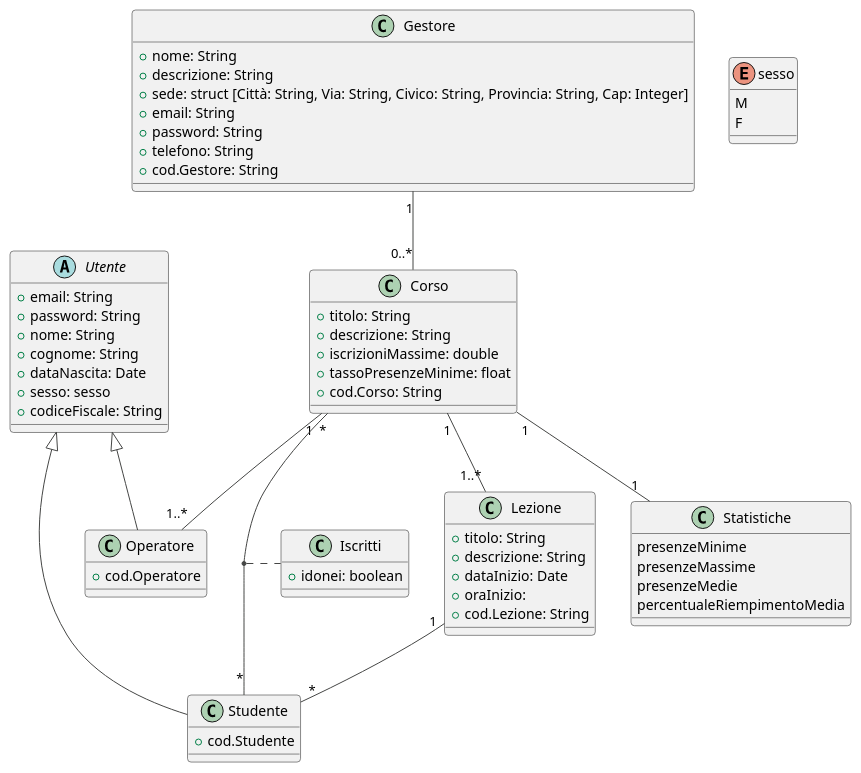
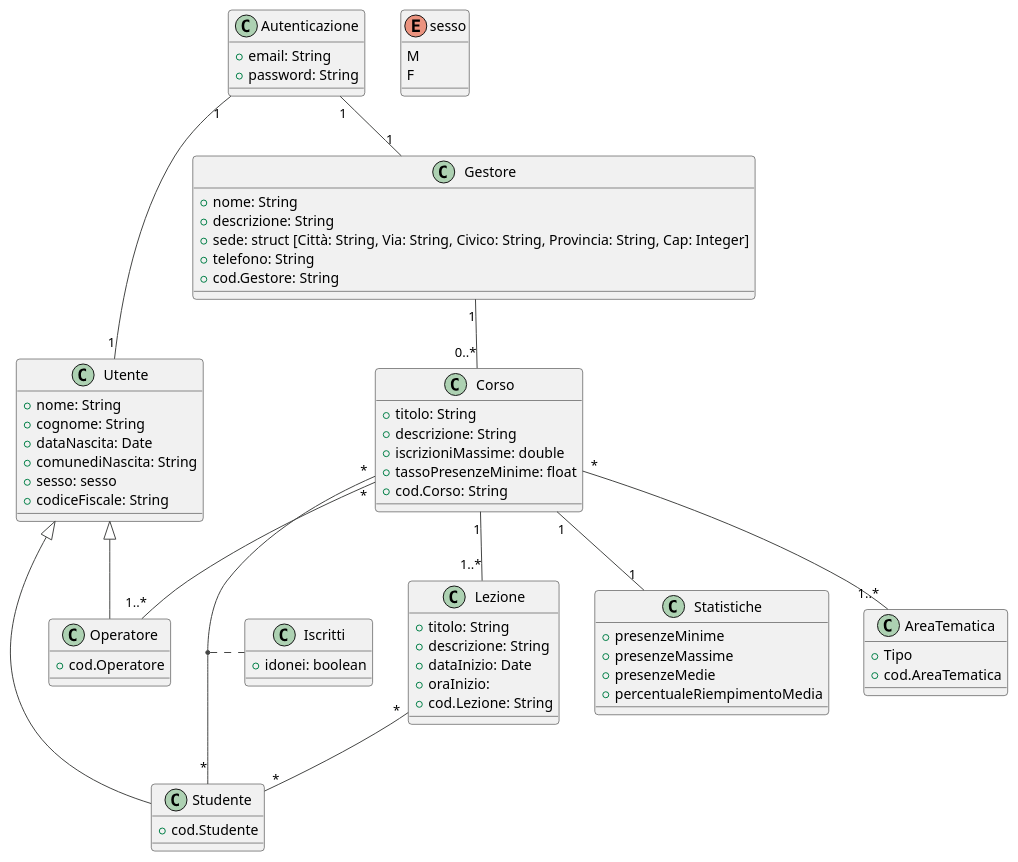
Before and after one commit to agostino-code/OO-BDI-Project: the diagram in UML.puml, drawn with PlantUML. The commit also changed 28 other files, not shown here.

First line of the commit message:
modifiche all'UML

```diff
--- a/UML.puml
+++ b/UML.puml
@@ -1,65 +1,74 @@
 @startuml
+
 'https://plantuml.com/class-diagram
 !theme vibrant
-abstract class Utente{
+class Autenticazione {
   +email: String
   +password: String
+}
+Autenticazione "1" -- "1" Utente
+Autenticazione "1" -- "1" Gestore
+class Utente{
   +nome: String
   +cognome: String
   +dataNascita: Date
+  +comunediNascita: String
   +sesso: sesso
   +codiceFiscale: String
 }
 class Gestore {
   +nome: String
   +descrizione: String
   +sede: struct [Città: String, Via: String, Civico: String, Provincia: String, Cap: Integer]
-  +email: String
-  +password: String
   +telefono: String
   +cod.Gestore: String
 }
 class Operatore{
-
   +cod.Operatore
 }
 class Studente{
   +cod.Studente
 }
 enum sesso{
 M
 F
 }
 Utente <|-- Operatore
 Utente <|-- Studente
 Gestore "1" -- "0..*" Corso
 Corso "*" -- "*" Studente
-Corso "1" -- "1..*" Operatore
+Corso "*" -- "1..*" Operatore
 class Corso{
   +titolo: String
   +descrizione: String
   +iscrizioniMassime: double
   +tassoPresenzeMinime: float
   +cod.Corso: String
 }
 class Lezione{
   +titolo: String
   +descrizione: String
   +dataInizio: Date
   +oraInizio:
   +cod.Lezione: String
 }
 Corso "1" -- "1..*" Lezione
 (Corso, Studente) .. Iscritti
-Lezione "1" -- "*" Studente
+Lezione "*" -- "*" Studente
 class Iscritti{
 +idonei: boolean
 }
 class Statistiche{
-  presenzeMinime
-  presenzeMassime
-  presenzeMedie
-  percentualeRiempimentoMedia
+  +presenzeMinime
+  +presenzeMassime
+  +presenzeMedie
+  +percentualeRiempimentoMedia
 }
 Corso "1" -- "1" Statistiche
+class AreaTematica{
+  +Tipo
+  +cod.AreaTematica
+}
+Corso "*" -- "1..*" AreaTematica
+
 @enduml
```
